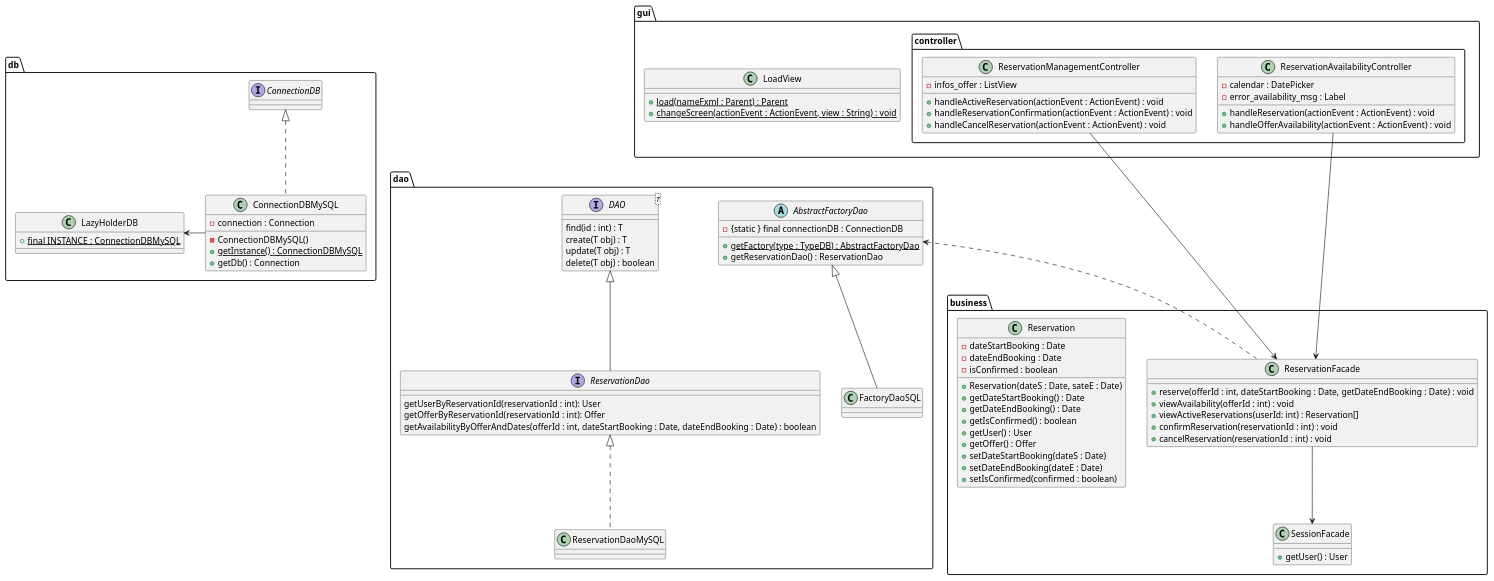
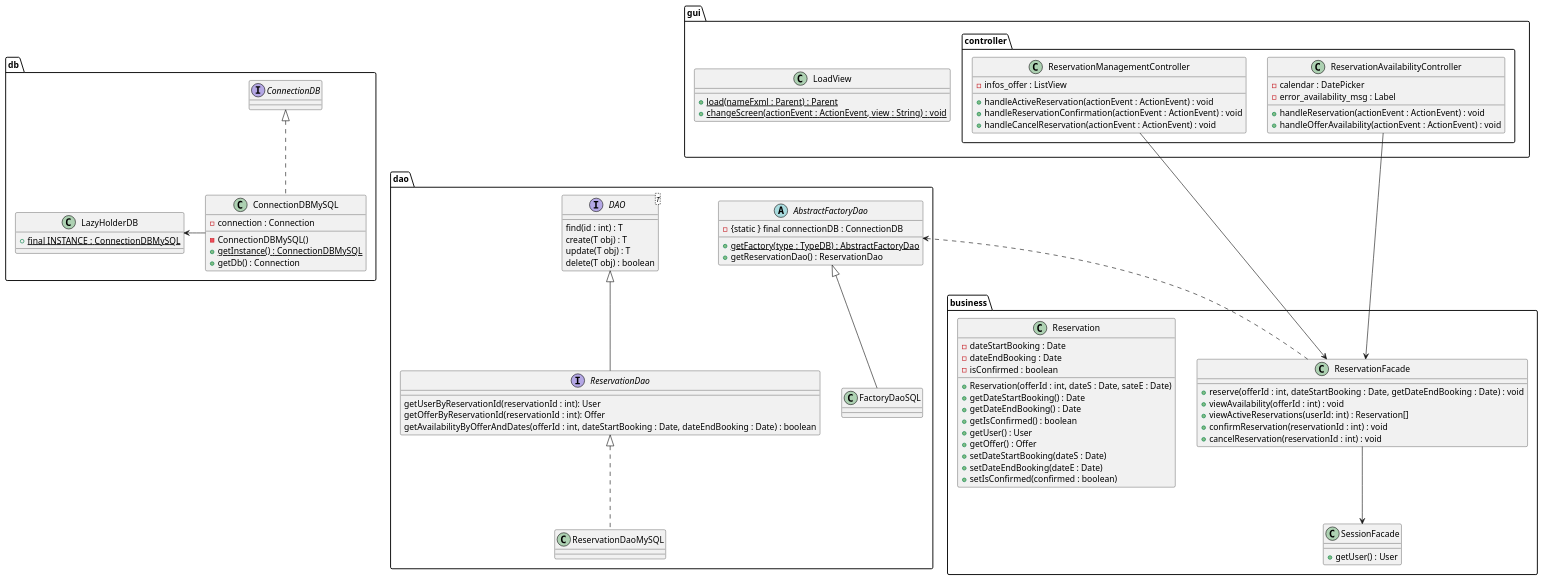
One commit to LaunoisRemy/ToolShare changed the diagram in documents/diagram/reservation/reservationClass.puml. Above: the diagram before and after it, drawn with PlantUML. The commit also changed 1 other file, not shown here.

Commit message:
UPDATE : reservation class & sequence diagrams

```diff
--- a/documents/diagram/reservation/reservationClass.puml
+++ b/documents/diagram/reservation/reservationClass.puml
@@ -1,112 +1,112 @@
 @startuml
 
 package dao {
 
 
     interface ReservationDao{
         getUserByReservationId(reservationId : int): User
         getOfferByReservationId(reservationId : int): Offer
         getAvailabilityByOfferAndDates(offerId : int, dateStartBooking : Date, dateEndBooking : Date) : boolean
     }
     class ReservationDaoMySQL
     AbstractFactoryDao <|-- FactoryDaoSQL
     ReservationDao <|.. ReservationDaoMySQL
 
     interface DAO<T>{
         find(id : int) : T
         create(T obj) : T
         update(T obj) : T
         delete(T obj) : boolean
     }
 
     abstract AbstractFactoryDao{
         - {static } final connectionDB : ConnectionDB
         + {static} getFactory(type : TypeDB) : AbstractFactoryDao
         + getReservationDao() : ReservationDao
     }
 
     class FactoryDaoSQL{
     }
 
 
     DAO <|-- ReservationDao
 }
 package db{
     class ConnectionDBMySQL{
         - connection : Connection
         - ConnectionDBMySQL()
         + {static} getInstance() : ConnectionDBMySQL
         + getDb() : Connection
     }
 
     class LazyHolderDB{
         + {static} final INSTANCE : ConnectionDBMySQL
     }
     interface ConnectionDB
     ConnectionDBMySQL -Left-> LazyHolderDB
     ConnectionDBMySQL .up.|> ConnectionDB
 
 }
 package business{
     class SessionFacade{
             + getUser() : User
         }
 
     class ReservationFacade{
         + reserve(offerId : int, dateStartBooking : Date, getDateEndBooking : Date) : void
         + viewAvailability(offerId : int) : void
         + viewActiveReservations(userId: int) : Reservation[]
         + confirmReservation(reservationId : int) : void
         + cancelReservation(reservationId : int) : void
     }
 
     class Reservation{
         -dateStartBooking : Date
         -dateEndBooking : Date
         -isConfirmed : boolean
-        +Reservation(dateS : Date, sateE : Date)
+        +Reservation(offerId : int, dateS : Date, sateE : Date)
         +getDateStartBooking() : Date
         +getDateEndBooking() : Date
         +getIsConfirmed() : boolean
         +getUser() : User
         +getOffer() : Offer
         +setDateStartBooking(dateS : Date)
         +setDateEndBooking(dateE : Date)
         +setIsConfirmed(confirmed : boolean)
     }
     ReservationFacade --> SessionFacade
 
 }
 
 package gui{
 
     class LoadView{
         + {static} load(nameFxml : Parent) : Parent
         + {static} changeScreen(actionEvent : ActionEvent, view : String) : void
     }
 
     package controller{
         class ReservationAvailabilityController{
             - calendar : DatePicker
             - error_availability_msg : Label
             + handleReservation(actionEvent : ActionEvent) : void
             + handleOfferAvailability(actionEvent : ActionEvent) : void
         }
 
         class ReservationManagementController{
             - infos_offer : ListView
             + handleActiveReservation(actionEvent : ActionEvent) : void
             + handleReservationConfirmation(actionEvent : ActionEvent) : void
             + handleCancelReservation(actionEvent : ActionEvent) : void
         }
 
     }
 }
 
 ReservationFacade <--Up- ReservationAvailabilityController
 ReservationFacade <--Up- ReservationManagementController
 ReservationFacade .Up.> AbstractFactoryDao
 
 
 
 @enduml
```
